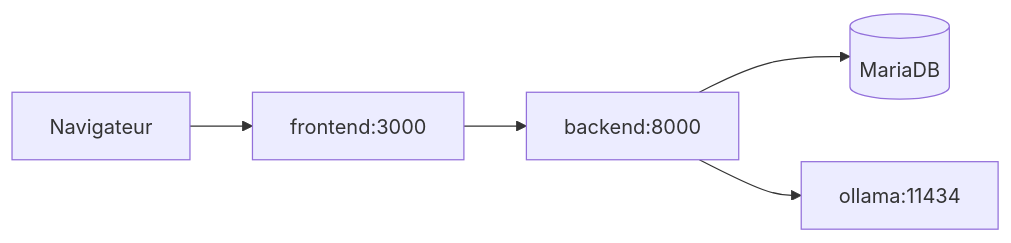
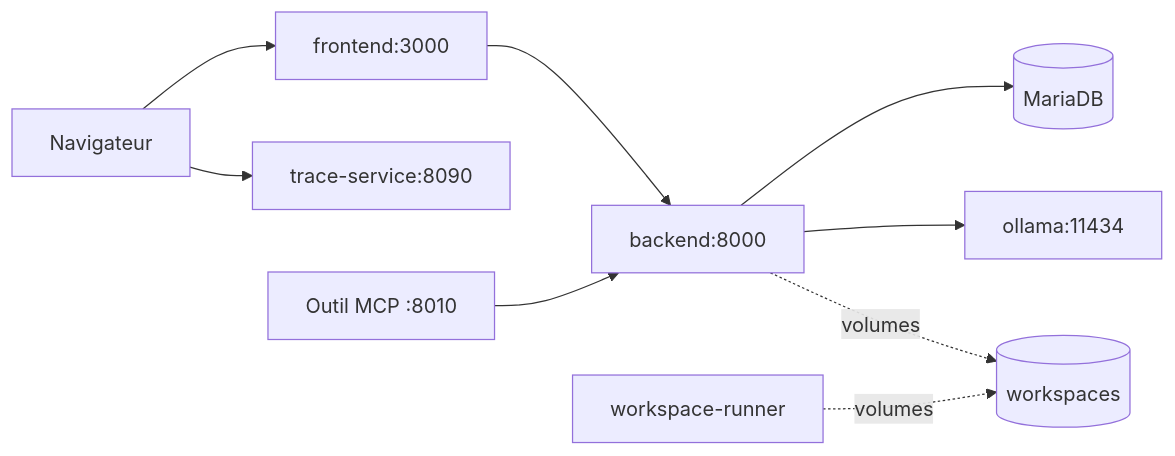
One commit to AdWav/orchestrateur changed the diagram in docs/docker-stack.md. Above: the diagram before and after it, drawn with Mermaid. The commit also changed other lines of this file and 69 other files, not shown here.

````diff
--- a/docs/docker-stack.md
+++ b/docs/docker-stack.md
@@ -61,7 +79,11 @@
 ```mermaid
 flowchart LR
     browser[Navigateur] --> frontend[frontend:3000]
+    browser --> trace[trace-service:8090]
     frontend --> backend[backend:8000]
+    mcp[Outil MCP :8010] --> backend
     backend --> db[(MariaDB)]
     backend --> ollama[ollama:11434]
+    runner[workspace-runner] -. volumes .-> ws[(workspaces)]
+    backend -. volumes .-> ws
 ```
````
